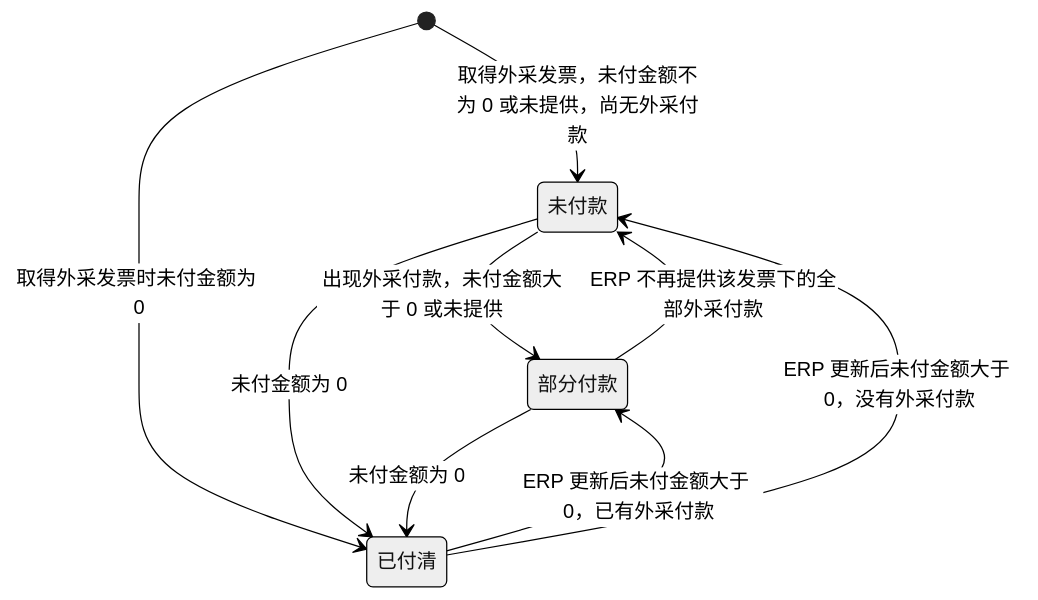
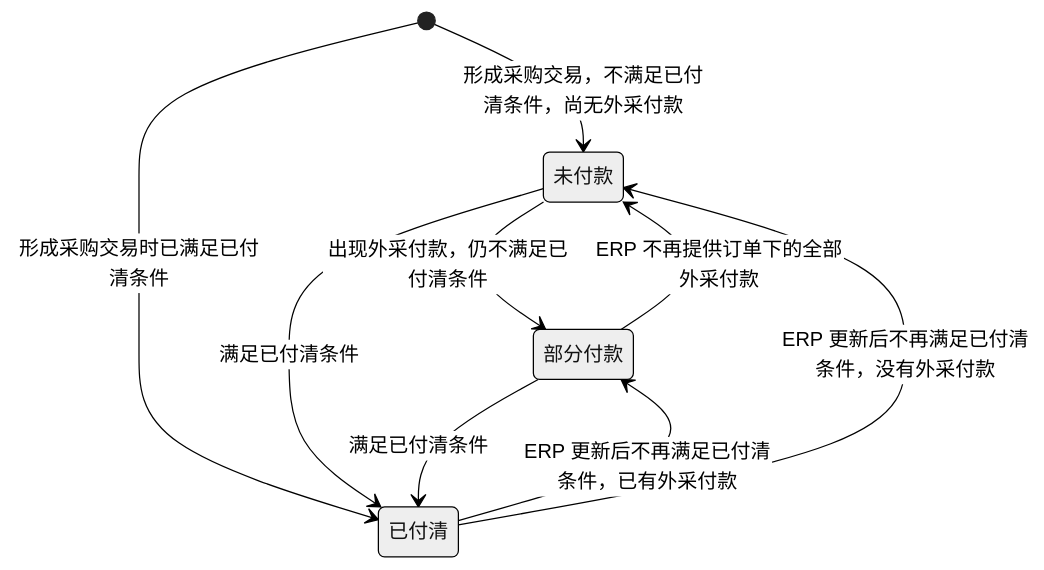
One commit to wxblockchain/Chain-Financing changed the third of 4 diagrams in asset-trust-platform/PRD/运营端/M4-上游采购追溯/02-上游采购追溯-流程图与状态机.md. Above: the diagram before and after it, drawn with Mermaid (neutral theme). The commit also changed other lines of this file and 2 other files, not shown here.

````diff
--- a/asset-trust-platform/PRD/运营端/M4-上游采购追溯/02-上游采购追溯-流程图与状态机.md
+++ b/asset-trust-platform/PRD/运营端/M4-上游采购追溯/02-上游采购追溯-流程图与状态机.md
@@ -60,11 +60,11 @@
 ```mermaid
 stateDiagram-v2
-    [*] --> 未付款: 取得外采发票，未付金额不为 0 或未提供，尚无外采付款
-    [*] --> 已付清: 取得外采发票时未付金额为 0
-    未付款 --> 部分付款: 出现外采付款，未付金额大于 0 或未提供
-    未付款 --> 已付清: 未付金额为 0
-    部分付款 --> 已付清: 未付金额为 0
-    已付清 --> 部分付款: ERP 更新后未付金额大于 0，已有外采付款
-    已付清 --> 未付款: ERP 更新后未付金额大于 0，没有外采付款
-    部分付款 --> 未付款: ERP 不再提供该发票下的全部外采付款
+    [*] --> 未付款: 形成采购交易，不满足已付清条件，尚无外采付款
+    [*] --> 已付清: 形成采购交易时已满足已付清条件
+    未付款 --> 部分付款: 出现外采付款，仍不满足已付清条件
+    未付款 --> 已付清: 满足已付清条件
+    部分付款 --> 已付清: 满足已付清条件
+    已付清 --> 部分付款: ERP 更新后不再满足已付清条件，已有外采付款
+    已付清 --> 未付款: ERP 更新后不再满足已付清条件，没有外采付款
+    部分付款 --> 未付款: ERP 不再提供订单下的全部外采付款
 ```
````
